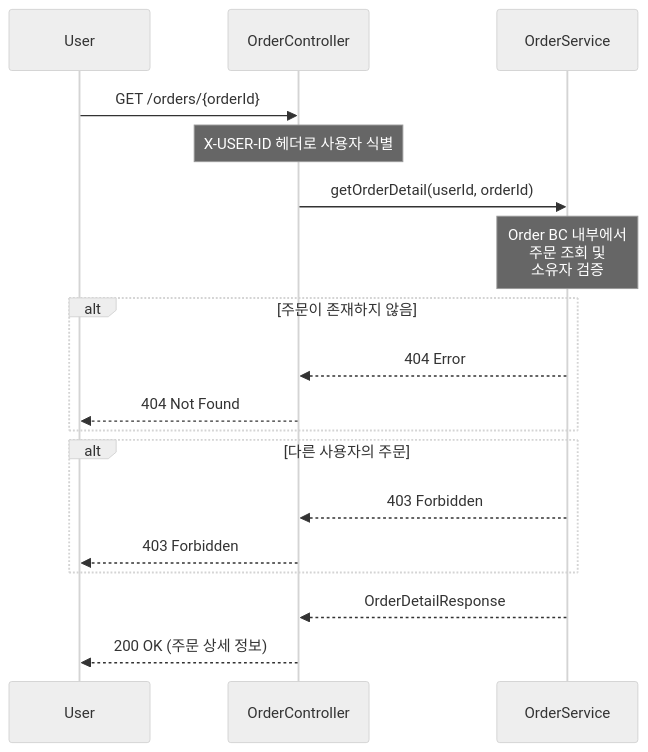
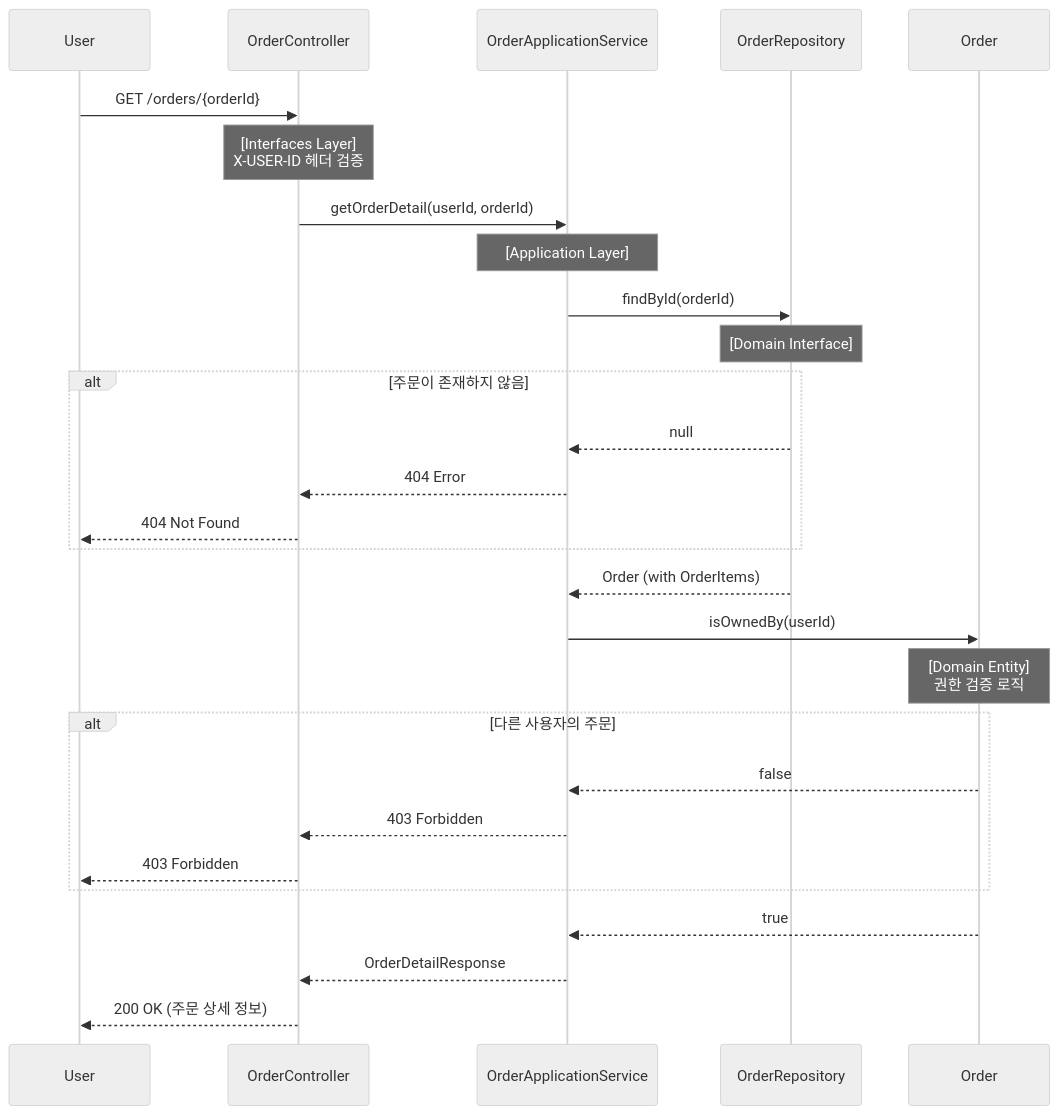
Before and after one commit to ghojeong/loopers-spring-kotlin-template: the fifth of 5 diagrams in .docs/round2/2-sequence-diagrams.md, drawn with Mermaid (neutral theme). The commit also changed other lines of this file and 3 other files, not shown here.

````diff
--- a/.docs/round2/2-sequence-diagrams.md
+++ b/.docs/round2/2-sequence-diagrams.md
@@ -225,26 +326,35 @@
 ```mermaid
 sequenceDiagram
     participant User
     participant OrderController
-    participant OrderService
+    participant OrderApplicationService
+    participant OrderRepository
+    participant Order
 
     User->>OrderController: GET /orders/{orderId}
-    Note over OrderController: X-USER-ID 헤더로 사용자 식별
+    Note over OrderController: [Interfaces Layer]<br/>X-USER-ID 헤더 검증
 
-    OrderController->>OrderService: getOrderDetail(userId, orderId)
+    OrderController->>OrderApplicationService: getOrderDetail(userId, orderId)
+    Note over OrderApplicationService: [Application Layer]
 
-    Note over OrderService: Order BC 내부에서<br/>주문 조회 및<br/>소유자 검증
-
+    OrderApplicationService->>OrderRepository: findById(orderId)
+    Note over OrderRepository: [Domain Interface]
     alt 주문이 존재하지 않음
-        OrderService-->>OrderController: 404 Error
+        OrderRepository-->>OrderApplicationService: null
+        OrderApplicationService-->>OrderController: 404 Error
         OrderController-->>User: 404 Not Found
     end
+    OrderRepository-->>OrderApplicationService: Order (with OrderItems)
 
+    OrderApplicationService->>Order: isOwnedBy(userId)
+    Note over Order: [Domain Entity]<br/>권한 검증 로직
     alt 다른 사용자의 주문
-        OrderService-->>OrderController: 403 Forbidden
+        Order-->>OrderApplicationService: false
+        OrderApplicationService-->>OrderController: 403 Forbidden
         OrderController-->>User: 403 Forbidden
     end
+    Order-->>OrderApplicationService: true
 
-    OrderService-->>OrderController: OrderDetailResponse
+    OrderApplicationService-->>OrderController: OrderDetailResponse
     OrderController-->>User: 200 OK (주문 상세 정보)
 ```
````
